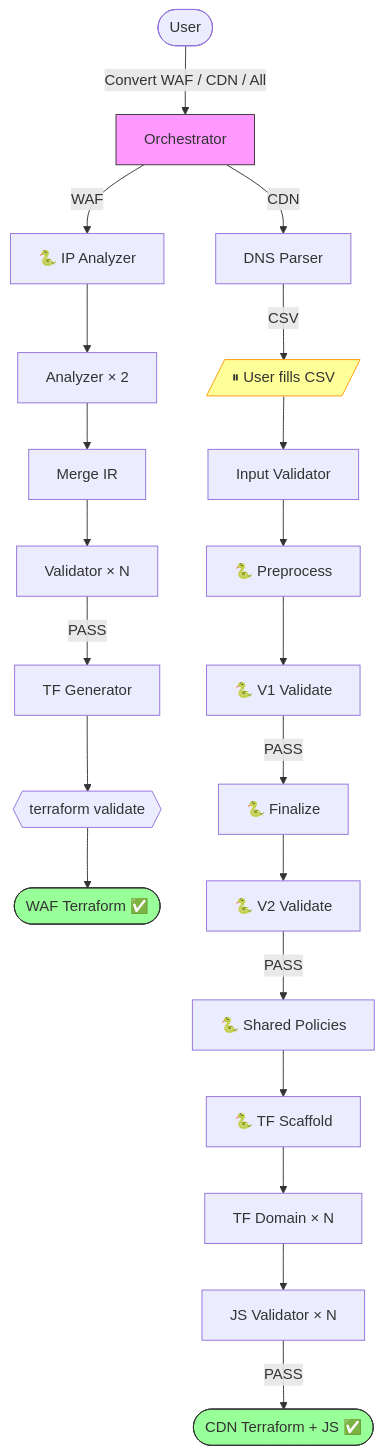
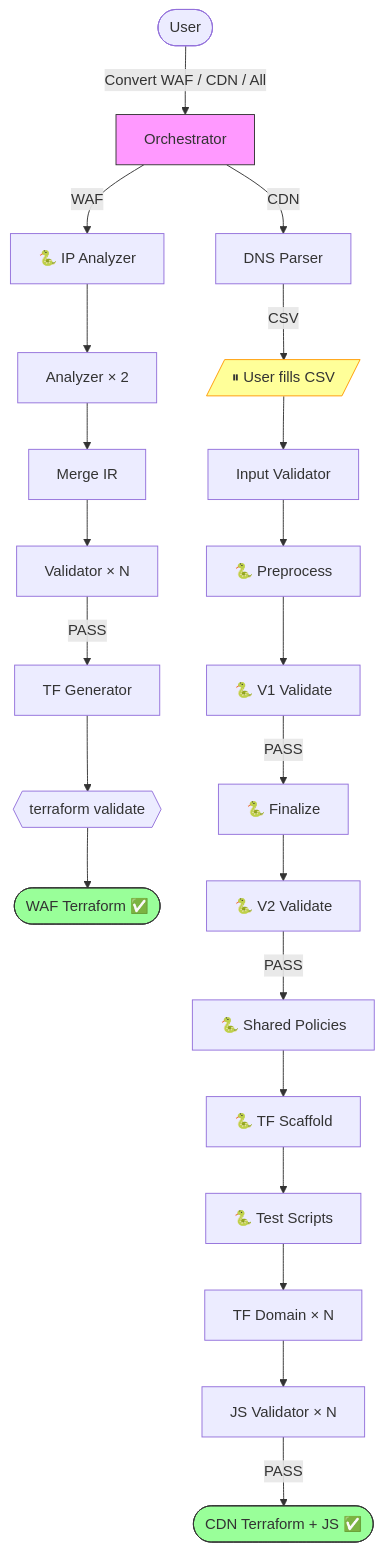
One commit to chenghit/cloudflare-aws-edge-config-converter changed the diagram in README.md. Above: the diagram before and after it, drawn with Mermaid. The commit also changed other lines of this file and 3 other files, not shown here.

First line of the commit message:
docs: update README, deployment guides for Stage 7.6 test scripts

````diff
--- a/README.md
+++ b/README.md
@@ -78,23 +78,24 @@
 ```mermaid
 flowchart TD
     User([User]) -->|"Convert WAF / CDN / All"| Main["Orchestrator"]
 
     Main -->|WAF| WAF_IP["🐍 IP Analyzer"] --> WAF_A["Analyzer × 2"] --> WAF_M["Merge IR"] --> WAF_V["Validator × N"] -->|PASS| WAF_G["TF Generator"] --> WAF_T{{"terraform validate"}} --> WAF_Done([WAF Terraform ✅])
 
     Main -->|CDN| CDN1["DNS Parser"] -->|CSV| Pause[/"⏸ User fills CSV"/]
     Pause --> CDN2["Input Validator"]
     CDN2 --> CDN3["🐍 Preprocess"]
     CDN3 --> CDN4["🐍 V1 Validate"]
     CDN4 -->|PASS| CDN5["🐍 Finalize"]
     CDN5 --> CDN6["🐍 V2 Validate"]
     CDN6 -->|PASS| CDN7["🐍 Shared Policies"]
     CDN7 --> CDN75["🐍 TF Scaffold"]
-    CDN75 --> CDN8["TF Domain × N"]
+    CDN75 --> CDN76["🐍 Test Scripts"]
+    CDN76 --> CDN8["TF Domain × N"]
     CDN8 --> CDN9["JS Validator × N"]
     CDN9 -->|PASS| CDN_Done([CDN Terraform + JS ✅])
 
     style Main fill:#f9f,stroke:#333
     style Pause fill:#ff9,stroke:#f90
     style WAF_Done fill:#9f9,stroke:#333
     style CDN_Done fill:#9f9,stroke:#333
 ```
````
